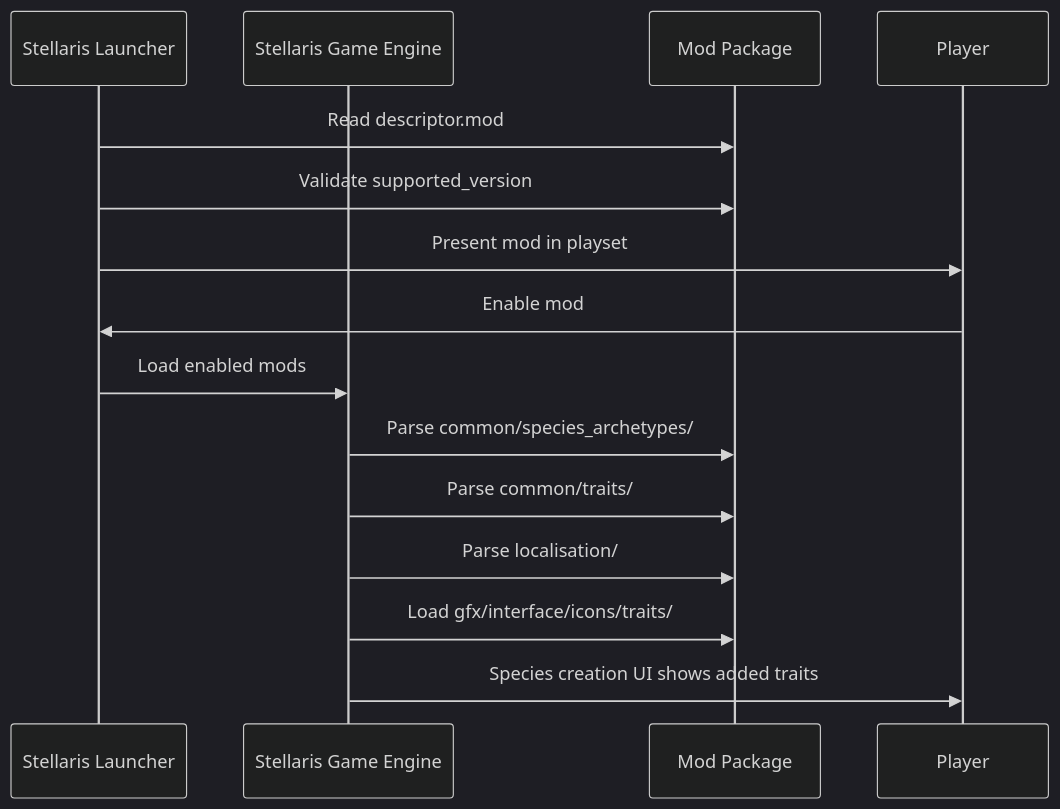
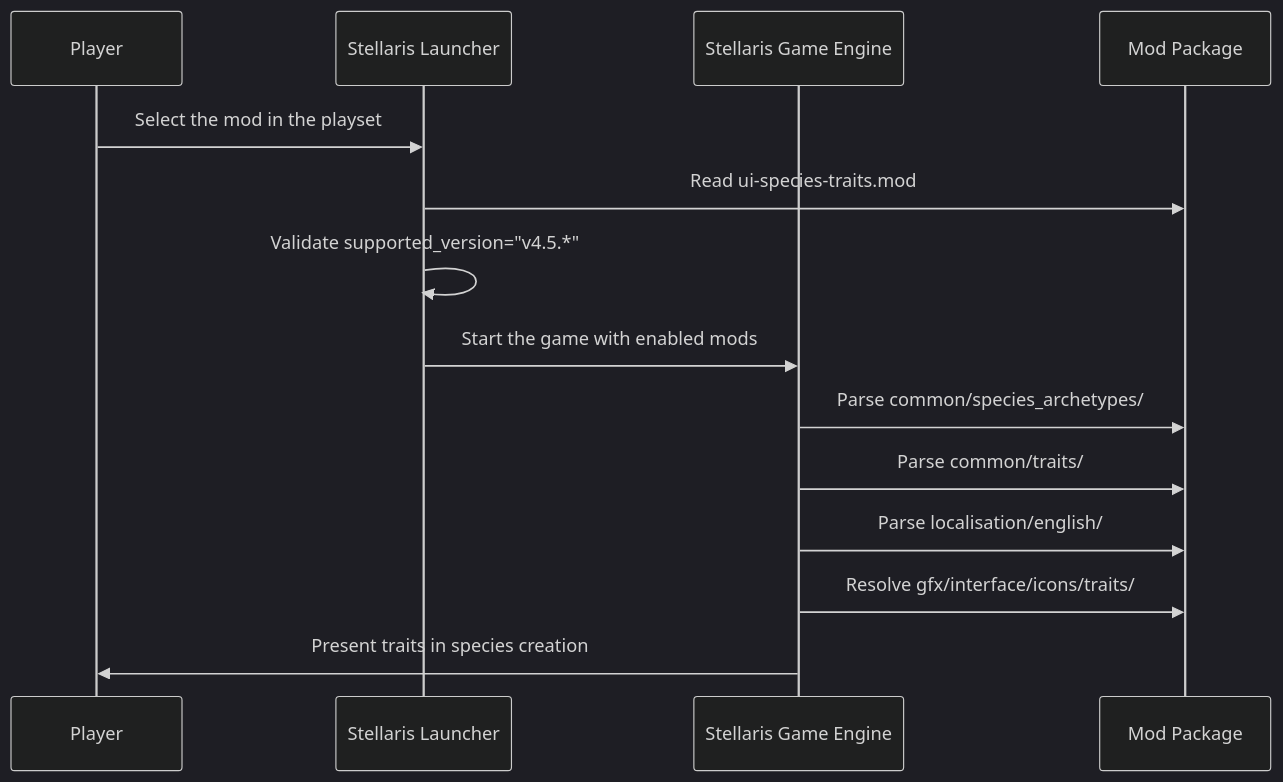
Before and after one commit to hmlendea/stellaris-ui-species-traits: the third of 7 diagrams in ARCHITECTURE.md, drawn with Mermaid (dark theme). The commit also changed other lines of this file and 23 other files, not shown here.

````diff
--- a/ARCHITECTURE.md
+++ b/ARCHITECTURE.md
@@ -77,16 +100,16 @@
 ```mermaid
 sequenceDiagram
+    participant Player
     participant Launcher as Stellaris Launcher
     participant Engine as Stellaris Game Engine
-    participant Mod as Mod Package
-    Launcher->>Mod: Read descriptor.mod
-    Launcher->>Mod: Validate supported_version
-    Launcher->>Player: Present mod in playset
-    Player->>Launcher: Enable mod
-    Launcher->>Engine: Load enabled mods
-    Engine->>Mod: Parse common/species_archetypes/
-    Engine->>Mod: Parse common/traits/
-    Engine->>Mod: Parse localisation/
-    Engine->>Mod: Load gfx/interface/icons/traits/
-    Engine->>Player: Species creation UI shows added traits
+    participant Package as Mod Package
+    Player->>Launcher: Select the mod in the playset
+    Launcher->>Package: Read ui-species-traits.mod
+    Launcher->>Launcher: Validate supported_version="v4.5.*"
+    Launcher->>Engine: Start the game with enabled mods
+    Engine->>Package: Parse common/species_archetypes/
+    Engine->>Package: Parse common/traits/
+    Engine->>Package: Parse localisation/english/
+    Engine->>Package: Resolve gfx/interface/icons/traits/
+    Engine->>Player: Present traits in species creation
 ```
````
